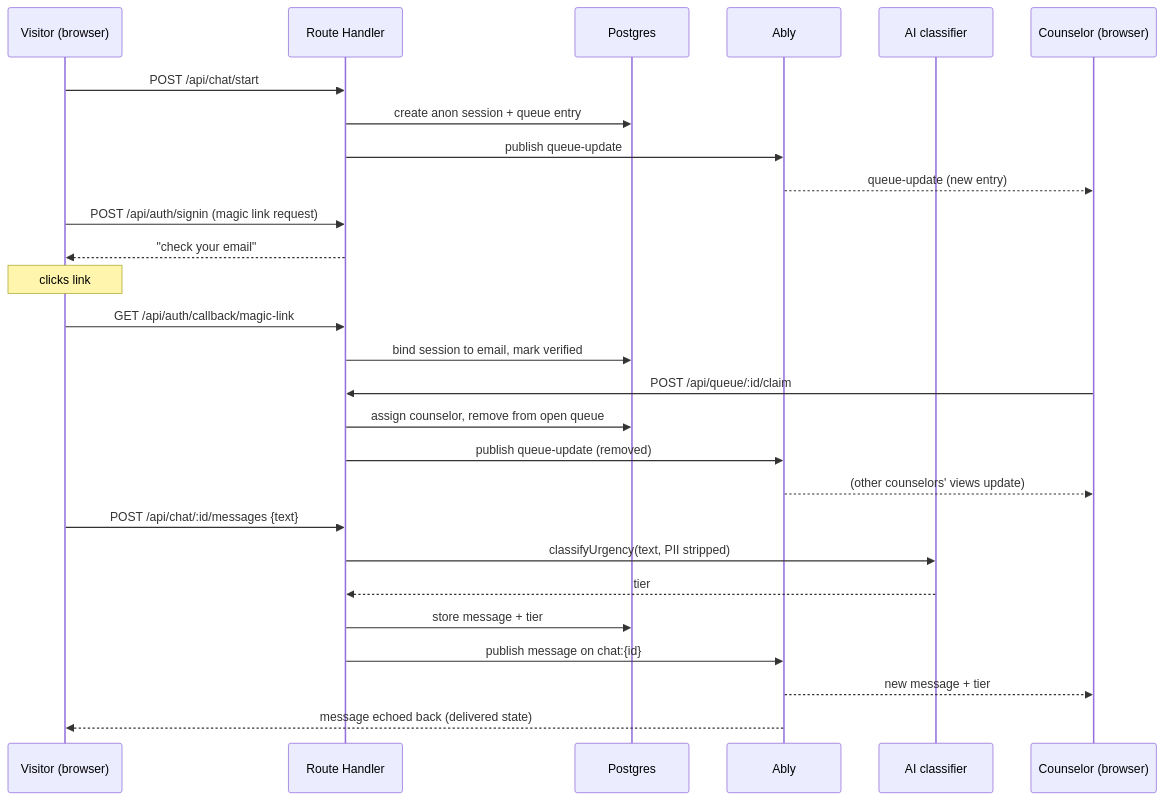
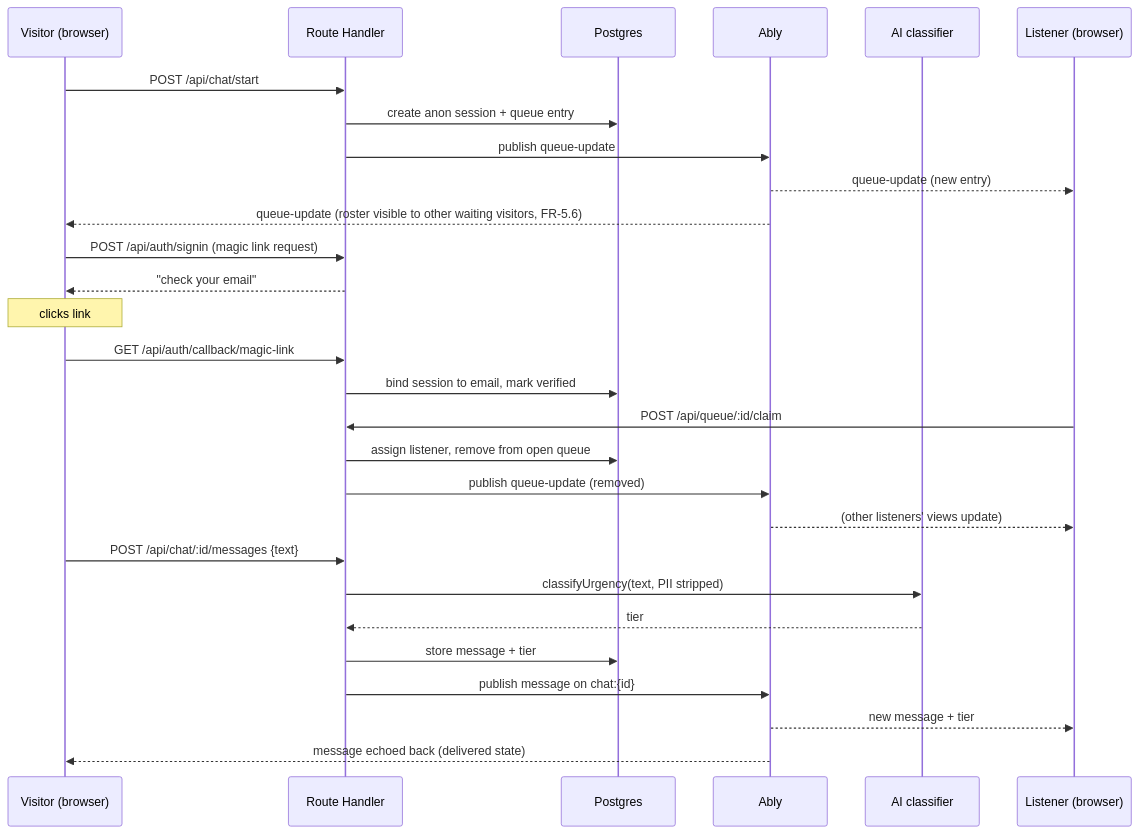
One commit to OliviaHelmuth/anchor-chat changed the second of 4 diagrams in docs/architecture.md. Above: the diagram before and after it, drawn with Mermaid. The commit also changed other lines of this file and 10 other files, not shown here.

First line of the commit message:
Milestone 1 complete (T1.7) + counselor->Listener rebrand, Milestone 3.5 spec

````diff
--- a/docs/architecture.md
+++ b/docs/architecture.md
@@ -64,33 +64,34 @@
 ```mermaid
 sequenceDiagram
     participant V as Visitor (browser)
     participant API as Route Handler
     participant DB as Postgres
     participant RT as Ably
     participant AI as AI classifier
-    participant C as Counselor (browser)
+    participant C as Listener (browser)
 
     V->>API: POST /api/chat/start
     API->>DB: create anon session + queue entry
     API->>RT: publish queue-update
     RT-->>C: queue-update (new entry)
+    RT-->>V: queue-update (roster visible to other waiting visitors, FR-5.6)
 
     V->>API: POST /api/auth/signin (magic link request)
     API-->>V: "check your email"
     Note over V: clicks link
     V->>API: GET /api/auth/callback/magic-link
     API->>DB: bind session to email, mark verified
 
     C->>API: POST /api/queue/:id/claim
-    API->>DB: assign counselor, remove from open queue
+    API->>DB: assign listener, remove from open queue
     API->>RT: publish queue-update (removed)
-    RT-->>C: (other counselors' views update)
+    RT-->>C: (other listeners' views update)
 
     V->>API: POST /api/chat/:id/messages {text}
     API->>AI: classifyUrgency(text, PII stripped)
     AI-->>API: tier
     API->>DB: store message + tier
     API->>RT: publish message on chat:{id}
     RT-->>C: new message + tier
     RT-->>V: message echoed back (delivered state)
 ```
````
